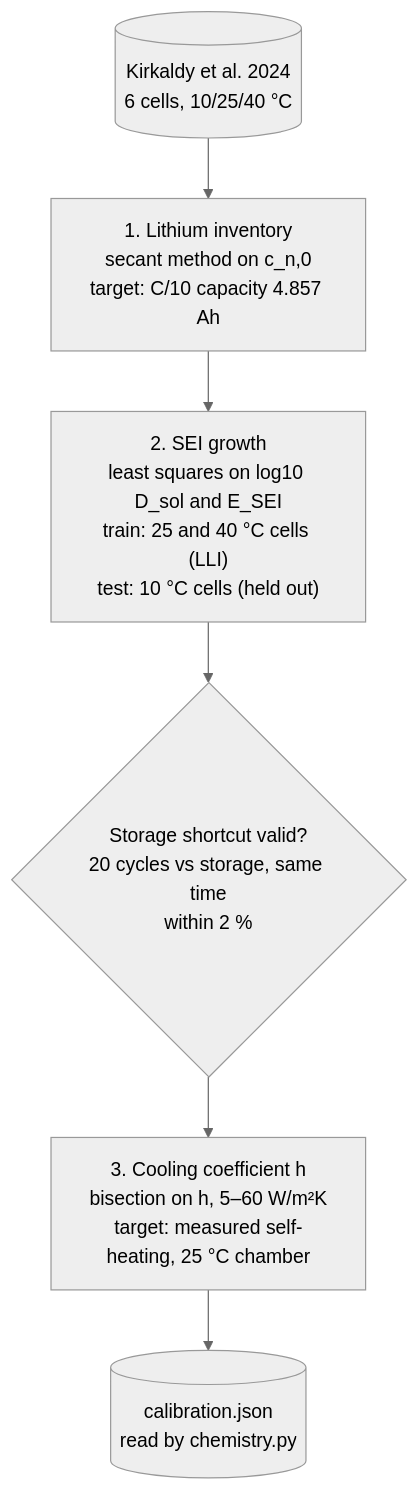
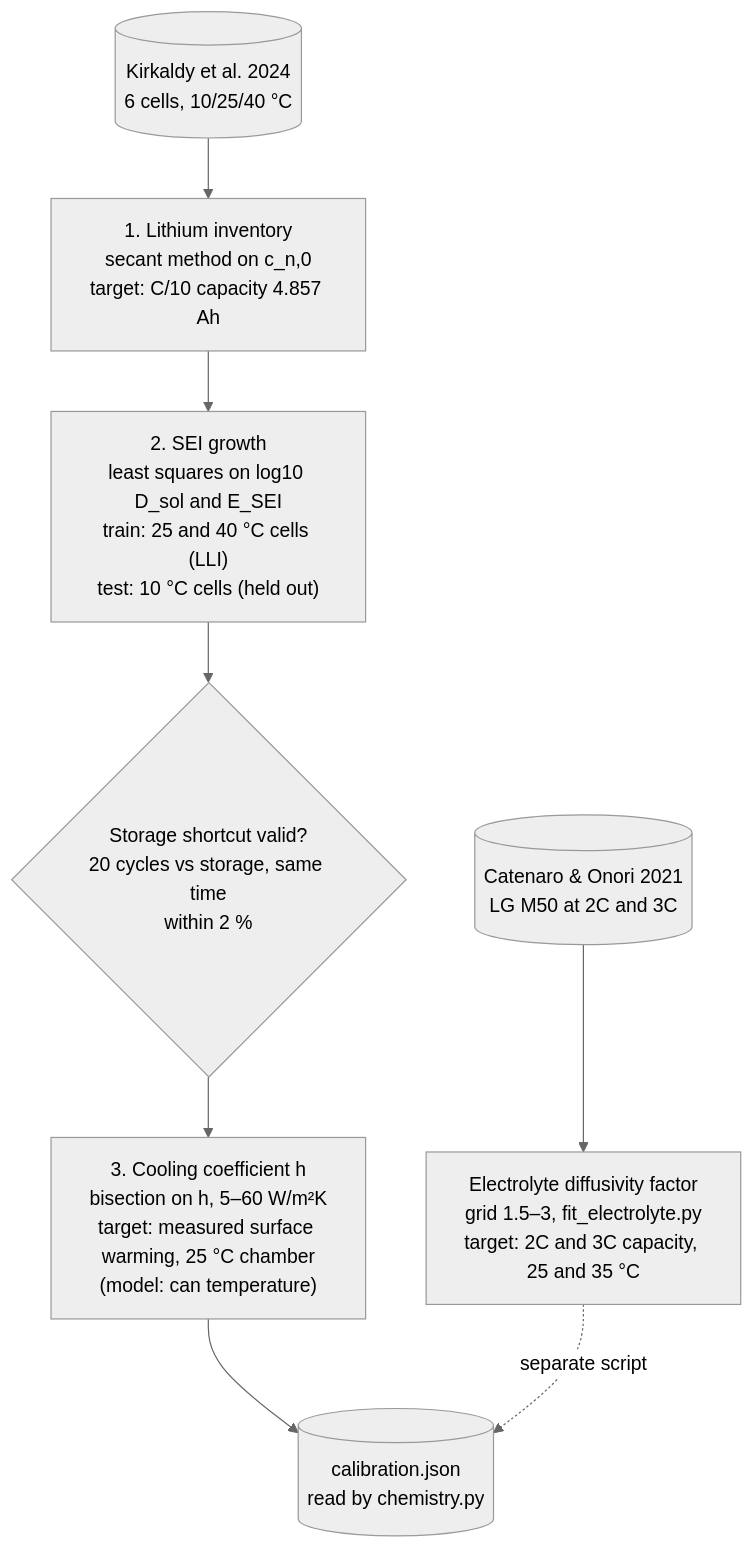
The sixth of 12 diagrams in README.md (TheJohn01/DigitalTwinBattery), drawn with Mermaid (neutral theme) before and after one commit. The commit also changed other lines of this file and 5 other files, not shown here.

First line of the commit message:
README diagrams: add missing steps and figures, fix order

````diff
--- a/README.md
+++ b/README.md
@@ -787,9 +814,11 @@
 ```mermaid
 flowchart TD
     D[("Kirkaldy et al. 2024<br/>6 cells, 10/25/40 °C")] --> S1
     S1["1. Lithium inventory<br/>secant method on c_n,0<br/>target: C/10 capacity 4.857 Ah"] --> S2
     S2["2. SEI growth<br/>least squares on log10 D_sol and E_SEI<br/>train: 25 and 40 °C cells (LLI)<br/>test: 10 °C cells (held out)"] --> CHK
     CHK{"Storage shortcut valid?<br/>20 cycles vs storage, same time<br/>within 2 %"} --> S3
-    S3["3. Cooling coefficient h<br/>bisection on h, 5–60 W/m²K<br/>target: measured self-heating, 25 °C chamber"] --> J
+    S3["3. Cooling coefficient h<br/>bisection on h, 5–60 W/m²K<br/>target: measured surface warming, 25 °C chamber<br/>(model: can temperature)"] --> J
+    CAT[("Catenaro & Onori 2021<br/>LG M50 at 2C and 3C")] --> EL
+    EL["Electrolyte diffusivity factor<br/>grid 1.5–3, fit_electrolyte.py<br/>target: 2C and 3C capacity, 25 and 35 °C"] -. "separate script" .-> J
     J[("calibration.json<br/>read by chemistry.py")]
 ```
````
